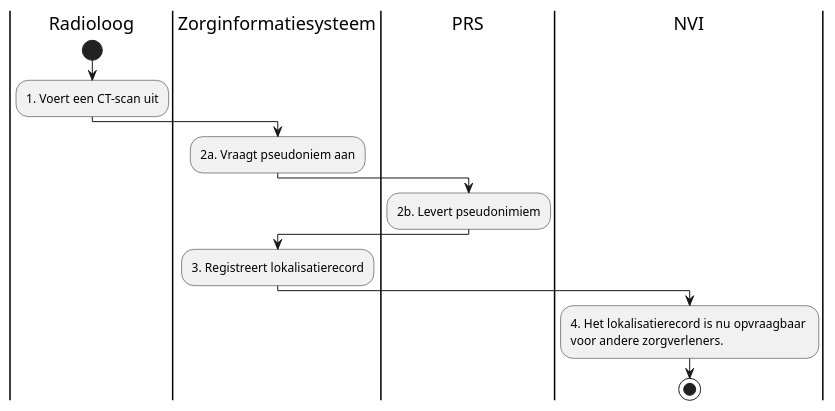
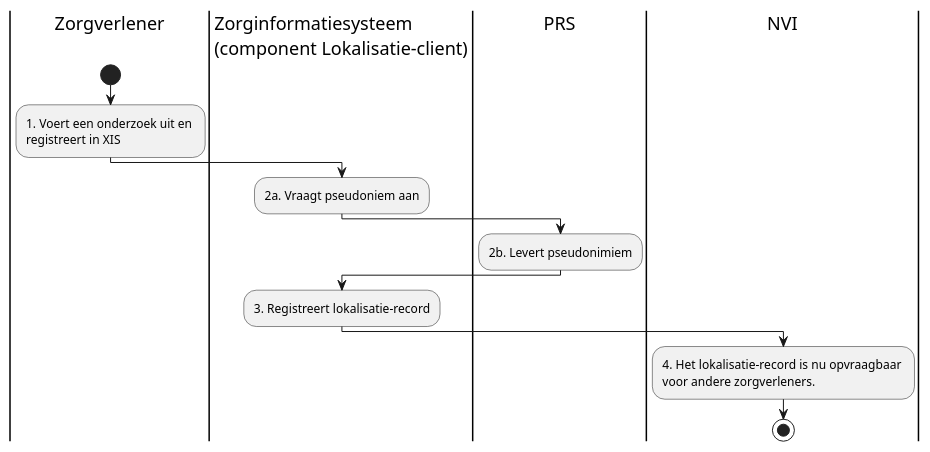
Before and after one commit to jorritspee/gf-lokalisatie-plantuml: the diagram in H7.1-activiteitendiagram.plantuml, drawn with PlantUML. The commit also changed 3 other files, not shown here.

```diff
--- a/H7.1-activiteitendiagram.plantuml
+++ b/H7.1-activiteitendiagram.plantuml
@@ -1,14 +1,14 @@
 @startuml
-|Radioloog|
+|Zorgverlener|
 start
-:1. Voert een CT-scan uit;
-|Zorginformatiesysteem|
+:1. Voert een onderzoek uit en \nregistreert in XIS;
+|Zorginformatiesysteem \n(component Lokalisatie-client)|
 :2a. Vraagt pseudoniem aan;
 |PRS|
 :2b. Levert pseudonimiem;
-|Zorginformatiesysteem|
-:3. Registreert lokalisatierecord;
+|Zorginformatiesysteem \n(component Lokalisatie-client)|
+:3. Registreert lokalisatie-record;
 |NVI|
-:4. Het lokalisatierecord is nu opvraagbaar \nvoor andere zorgverleners.;
+:4. Het lokalisatie-record is nu opvraagbaar \nvoor andere zorgverleners.;
 stop
 @enduml
```
